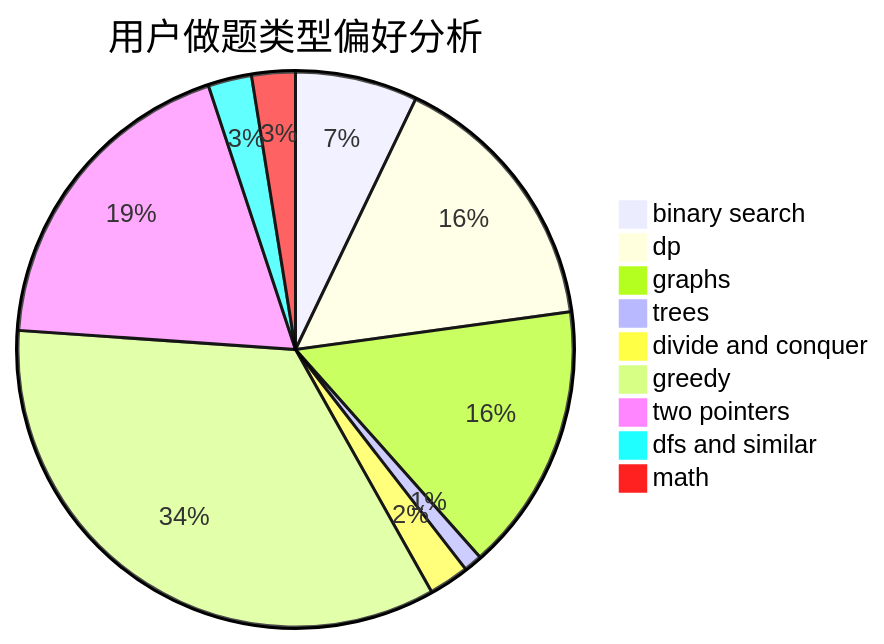
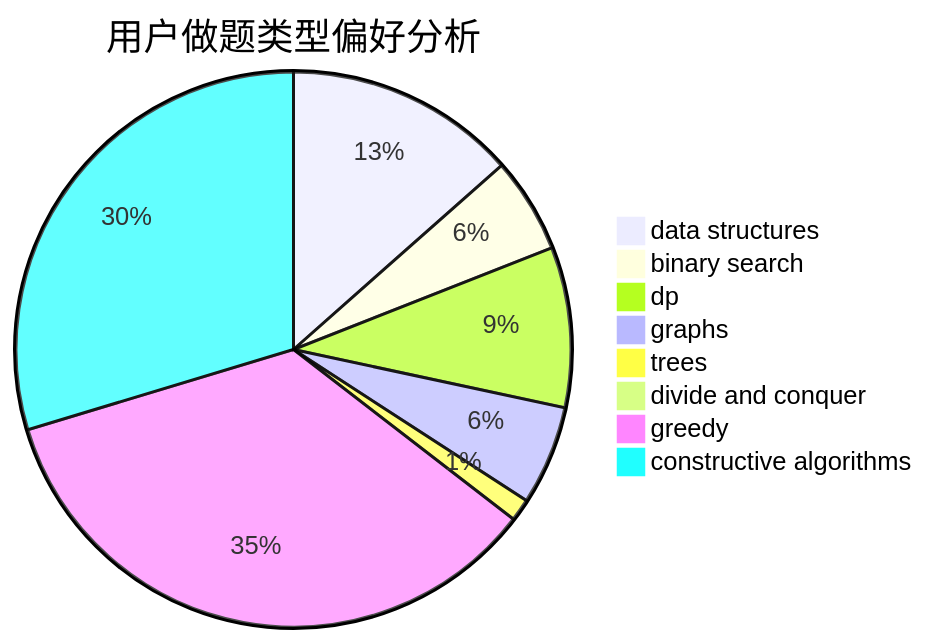
The second of 3 diagrams in docs/user/u1218.md (sherpahu/cfrs.github.io), drawn with Mermaid before and after one commit. The commit also changed other lines of this file and 2775 other files, not shown here.

````diff
--- a/docs/user/u1218.md
+++ b/docs/user/u1218.md
@@ -23,12 +23,11 @@
 ```mermaid
 pie title 用户做题类型偏好分析
-    "binary search" :  73
-    "dp" :  161
-    "graphs" :  160
+    "data structures" :  114
+    "binary search" :  47
+    "dp" :  79
+    "graphs" :  49
     "trees" :  11
-    "divide and conquer" :  24
-    "greedy" :  351
-    "two pointers" :  193
-    "dfs and similar" :  26
-    "math" :  26
+    "divide and conquer" :  1
+    "greedy" :  295
+    "constructive algorithms" :  251
 ```
````
